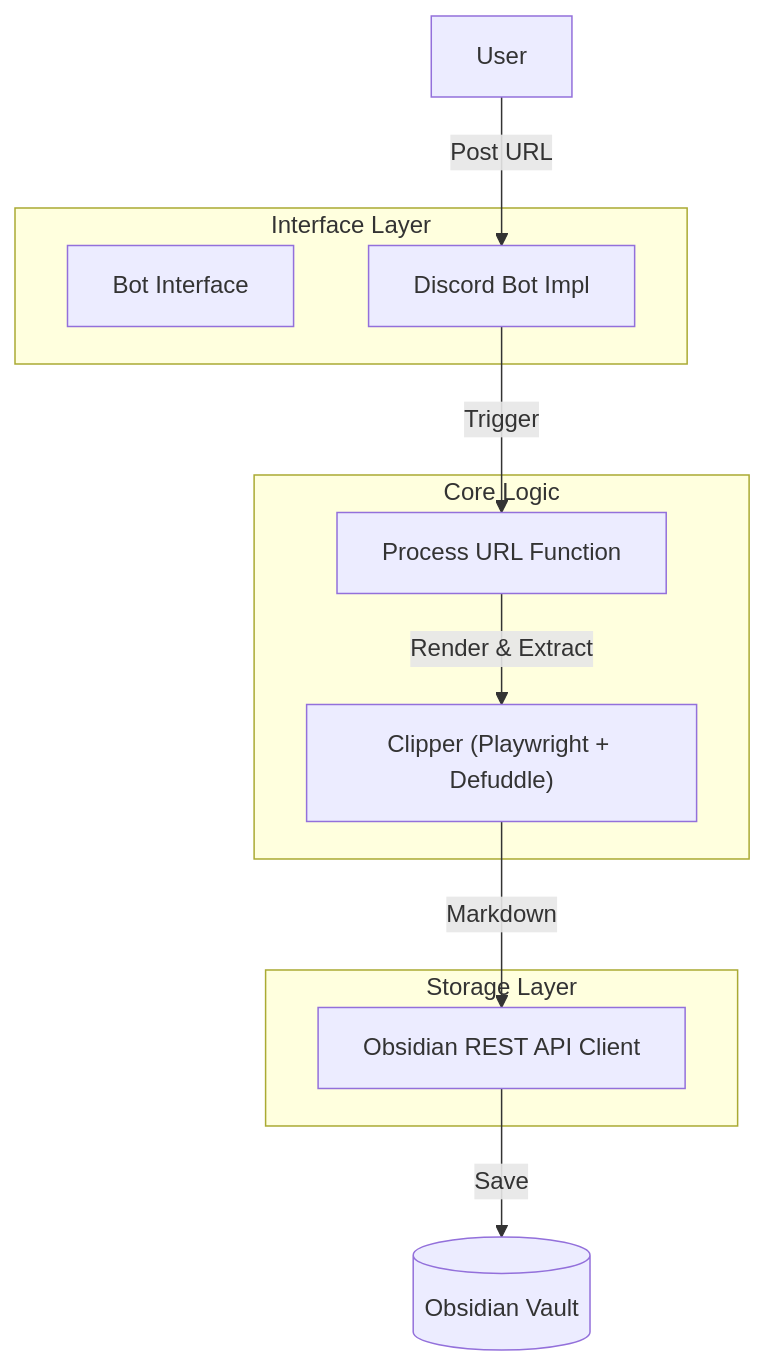
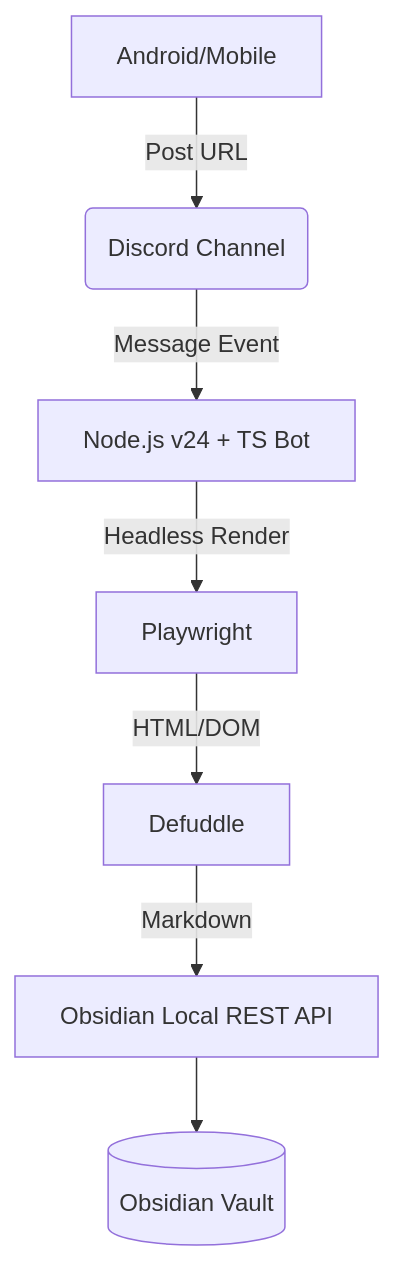
One commit to Maki-Daisuke/obsidian-remote-clipper changed the diagram in doc/design.md. Above: the diagram before and after it, drawn with Mermaid. The commit also changed other lines of this file and 3 other files, not shown here.

First line of the commit message:
docs: restructure documentation and unify API URL

````diff
--- a/doc/design.md
+++ b/doc/design.md
@@ -17,22 +10,9 @@
 ```mermaid
 graph TD
-    subgraph "Interface Layer"
-        BotInterface["Bot Interface"]
-        DiscordBot["Discord Bot Impl"]
-    end
-
-    subgraph "Core Logic"
-        ProcessURL["Process URL Function"]
-        Clipper["Clipper (Playwright + Defuddle)"]
-    end
-
-    subgraph "Storage Layer"
-        ObsidianClient["Obsidian REST API Client"]
-    end
-
-    User -->|Post URL| DiscordBot
-    DiscordBot -->|Trigger| ProcessURL
-    ProcessURL -->|Render & Extract| Clipper
-    Clipper -->|Markdown| ObsidianClient
-    ObsidianClient -->|Save| Vault[(Obsidian Vault)]
+    A[Android/Mobile] -- "Post URL" --> B(Discord Channel)
+    B -- "Message Event" --> C[Node.js v24 + TS Bot]
+    C -- "Headless Render" --> D[Playwright]
+    D -- "HTML/DOM" --> E[Defuddle]
+    E -- "Markdown" --> F[Obsidian Local REST API]
+    F --> G[(Obsidian Vault)]
 ```
````
